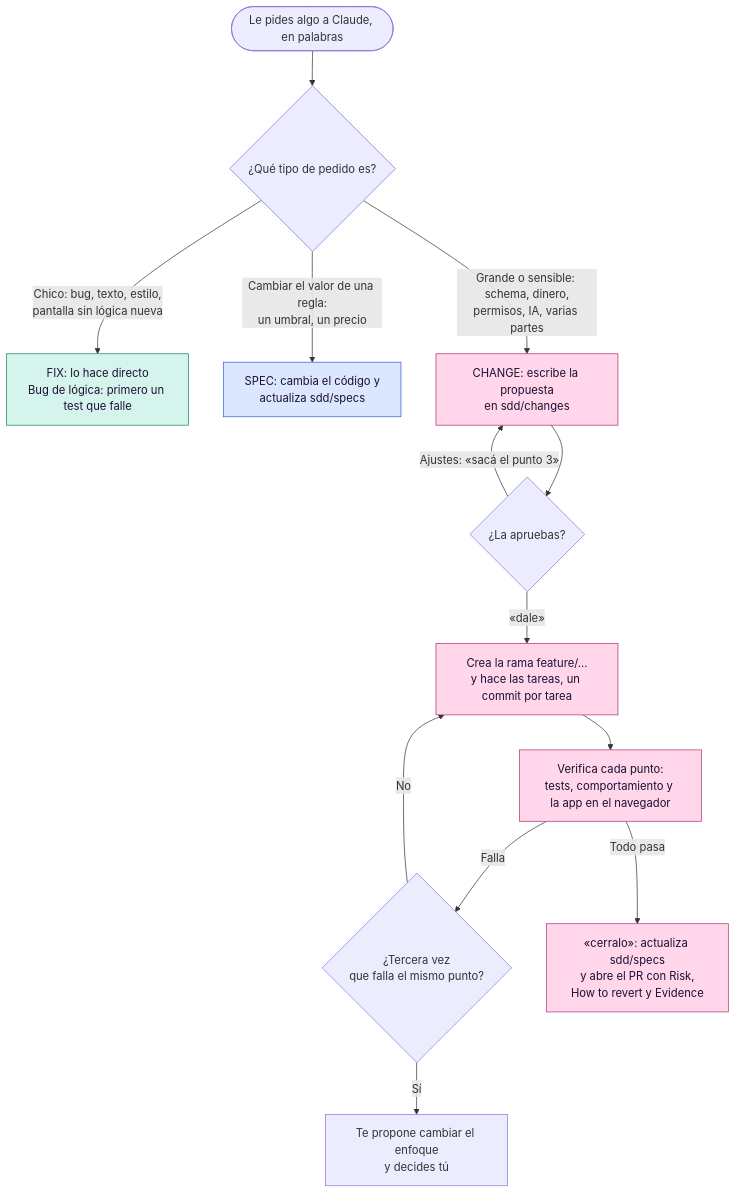
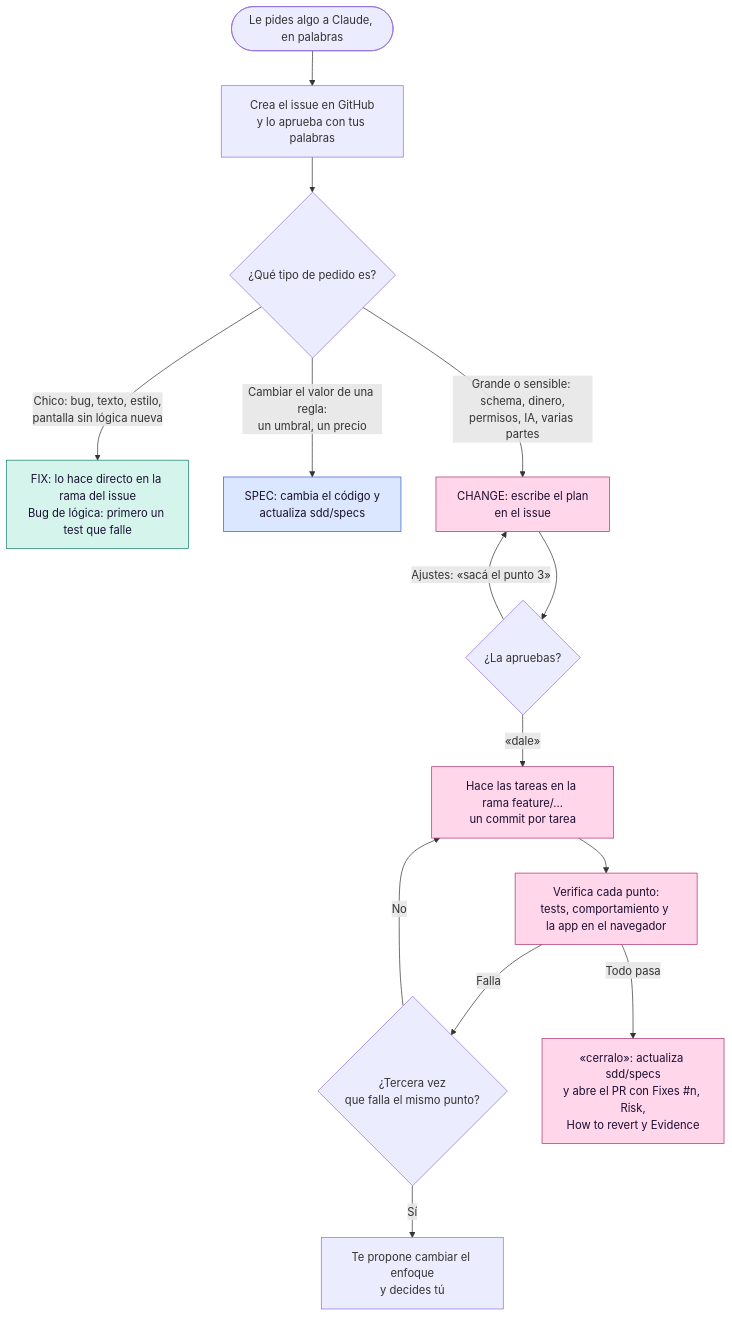
Before and after one commit to abelcondev/seckert: the first of 2 diagrams in docs/flujo.md, drawn with Mermaid. The commit also changed other lines of this file and 16 other files, not shown here.

First line of the commit message:
docs: skills, contexto de inicio y docs con GitHub issues como único flujo

````diff
--- a/docs/flujo.md
+++ b/docs/flujo.md
@@ -7,24 +7,25 @@
 ```mermaid
 flowchart TD
-    A([Le pides algo a Claude, en palabras]) --> B{¿Qué tipo de pedido es?}
+    A([Le pides algo a Claude, en palabras]) --> Z[Crea el issue en GitHub<br/>y lo aprueba con tus palabras]
+    Z --> B{¿Qué tipo de pedido es?}
 
-    B -->|"Chico: bug, texto, estilo,<br/>pantalla sin lógica nueva"| C[FIX: lo hace directo<br/>Bug de lógica: primero un test que falle]
+    B -->|"Chico: bug, texto, estilo,<br/>pantalla sin lógica nueva"| C[FIX: lo hace directo en la rama del issue<br/>Bug de lógica: primero un test que falle]
     B -->|"Cambiar el valor de una regla:<br/>un umbral, un precio"| D[SPEC: cambia el código y<br/>actualiza sdd/specs]
-    B -->|"Grande o sensible: schema, dinero,<br/>permisos, IA, varias partes"| E[CHANGE: escribe la propuesta<br/>en sdd/changes]
+    B -->|"Grande o sensible: schema, dinero,<br/>permisos, IA, varias partes"| E[CHANGE: escribe el plan<br/>en el issue]
 
     E --> F{¿La apruebas?}
     F -->|"Ajustes: «sacá el punto 3»"| E
-    F -->|"«dale»"| G[Crea la rama feature/…<br/>y hace las tareas, un commit por tarea]
+    F -->|"«dale»"| G[Hace las tareas en la rama feature/…<br/>un commit por tarea]
     G --> H[Verifica cada punto:<br/>tests, comportamiento y la app en el navegador]
     H -->|Falla| I{¿Tercera vez<br/>que falla el mismo punto?}
     I -->|No| G
     I -->|Sí| J[Te propone cambiar el enfoque<br/>y decides tú]
-    H -->|Todo pasa| K[«cerralo»: actualiza sdd/specs<br/>y abre el PR con Risk,<br/>How to revert y Evidence]
+    H -->|Todo pasa| K[«cerralo»: actualiza sdd/specs<br/>y abre el PR con Fixes #n, Risk,<br/>How to revert y Evidence]
 
     classDef fix fill:#d5f5ec,stroke:#14806b,color:#1b1033
     classDef spec fill:#dbe6ff,stroke:#2f5fd0,color:#1b1033
     classDef change fill:#ffd6ea,stroke:#b0306f,color:#1b1033
     class C fix
     class D spec
     class E,G,H,K change
 ```
````
